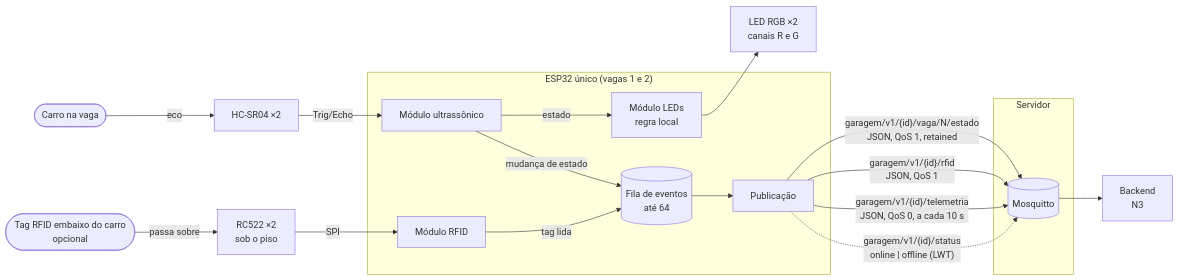
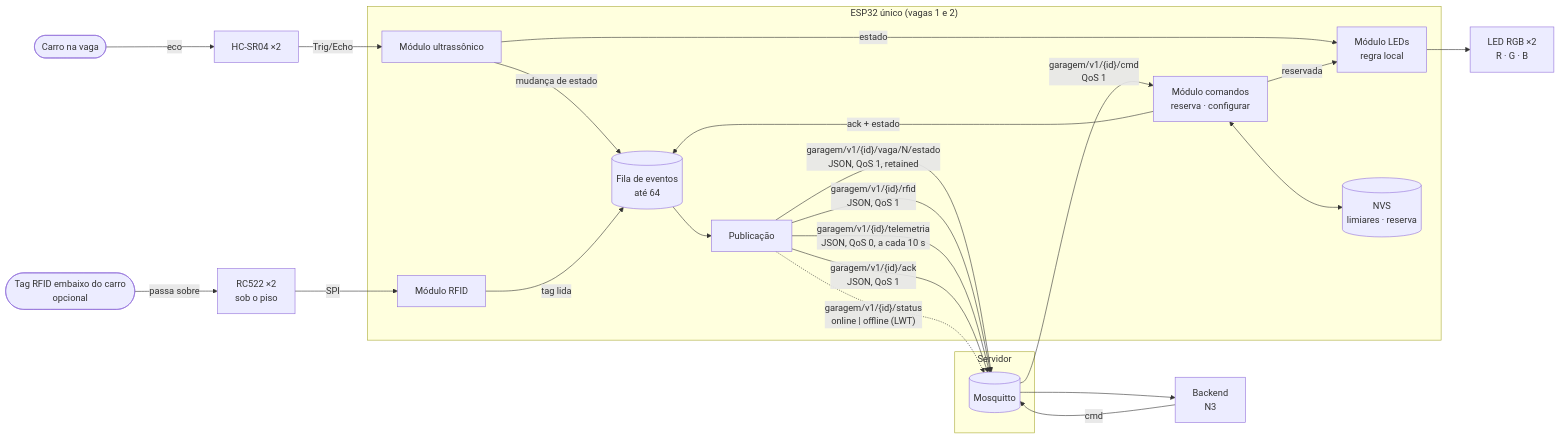
The first of 9 diagrams in docs/fluxograma-firmware.md (VynicyusCandido/iotHorangoTango), drawn with Mermaid before and after one commit. The commit also changed other lines of this file and 6 other files, not shown here.

First line of the commit message:
Add commands, reservation with blue LED and NVS config to firmware

````diff
--- a/docs/fluxograma-firmware.md
+++ b/docs/fluxograma-firmware.md
@@ -24,31 +26,39 @@
 ```mermaid
 flowchart LR
     CARRO([Carro na vaga]) -->|eco| HC["HC-SR04 ×2"]
     TAG([Tag RFID embaixo do carro<br/>opcional]) -->|passa sobre| RC522["RC522 ×2<br/>sob o piso"]
 
     subgraph ESP["ESP32 único (vagas 1 e 2)"]
         US[Módulo ultrassônico]
         RF[Módulo RFID]
         LED[Módulo LEDs<br/>regra local]
+        CMD[Módulo comandos<br/>reserva · configurar]
+        NVS[(NVS<br/>limiares · reserva)]
         FILA[(Fila de eventos<br/>até 64)]
         PUB[Publicação]
     end
 
     HC -->|Trig/Echo| US
     RC522 -->|SPI| RF
     US -->|estado| LED
-    LED --> LEDS["LED RGB ×2<br/>canais R e G"]
+    LED --> LEDS["LED RGB ×2<br/>R · G · B"]
+    CMD -->|reservada| LED
+    CMD <--> NVS
+    CMD -->|ack + estado| FILA
     US -->|mudança de estado| FILA
     RF -->|tag lida| FILA
     FILA --> PUB
 
     subgraph SRV[Servidor]
         BROKER[(Mosquitto)]
     end
 
     PUB -->|"garagem/v1/{id}/vaga/N/estado<br/>JSON, QoS 1, retained"| BROKER
     PUB -->|"garagem/v1/{id}/rfid<br/>JSON, QoS 1"| BROKER
     PUB -->|"garagem/v1/{id}/telemetria<br/>JSON, QoS 0, a cada 10 s"| BROKER
+    PUB -->|"garagem/v1/{id}/ack<br/>JSON, QoS 1"| BROKER
     PUB -.->|"garagem/v1/{id}/status<br/>online | offline (LWT)"| BROKER
-    BROKER --> BE[Backend<br/>N3]
+    BROKER -->|"garagem/v1/{id}/cmd<br/>QoS 1"| CMD
+    BE[Backend<br/>N3] -->|cmd| BROKER
+    BROKER --> BE
 ```
````
